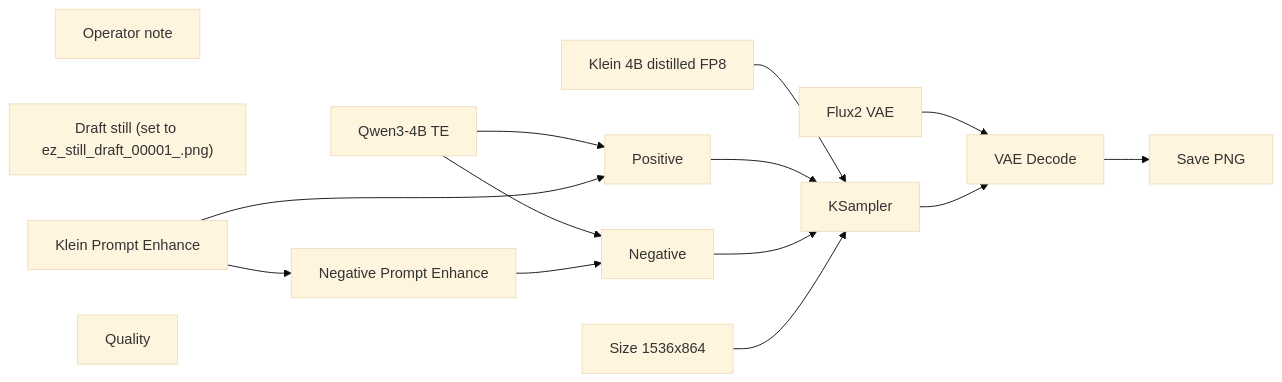
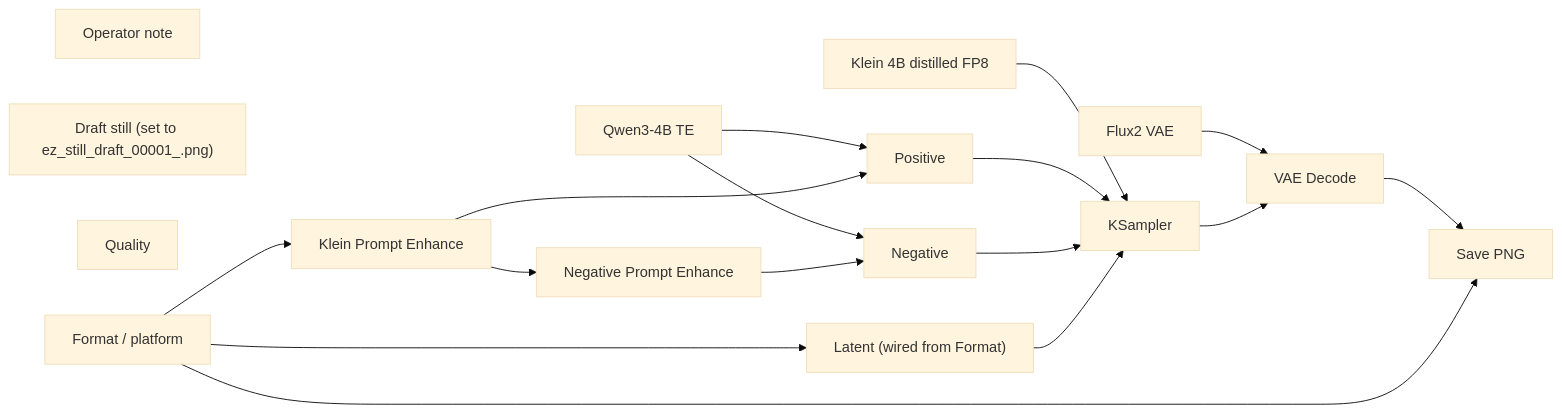
Before and after one commit to toxicoder/ez-comfy-stack: the diagram in docs/generated/workflows/klein/creator/youtube-channel-art.md, drawn with Mermaid (base theme). The commit also changed other lines of this file and 312 other files, not shown here.

First line of the commit message:
feat: Format / platform on Klein, Wan, and LTX Apps

````diff
--- a/docs/generated/workflows/klein/creator/youtube-channel-art.md
+++ b/docs/generated/workflows/klein/creator/youtube-channel-art.md
@@ -49,29 +51,33 @@
 ```mermaid
 flowchart LR
   N1["Klein 4B distilled FP8"]
   N2["Qwen3-4B TE"]
   N3["Flux2 VAE"]
   N4["Positive"]
   N5["Negative"]
-  N6["Size 1536x864"]
+  N6["Latent (wired from Format)"]
   N7["KSampler"]
   N8["VAE Decode"]
   N9["Save PNG"]
   N10["Operator note"]
   N11["Draft still (set to ez_still_draft_00001_.png)"]
   N12["Klein Prompt Enhance"]
   N13["Negative Prompt Enhance"]
   N14["Quality"]
+  N15["Format / platform"]
   N1 --> N7
   N2 --> N4
   N2 --> N5
   N3 --> N8
   N4 --> N7
   N5 --> N7
   N6 --> N7
   N7 --> N8
   N8 --> N9
   N12 --> N4
   N12 --> N13
   N13 --> N5
+  N15 --> N6
+  N15 --> N12
+  N15 --> N9
 ```
````
